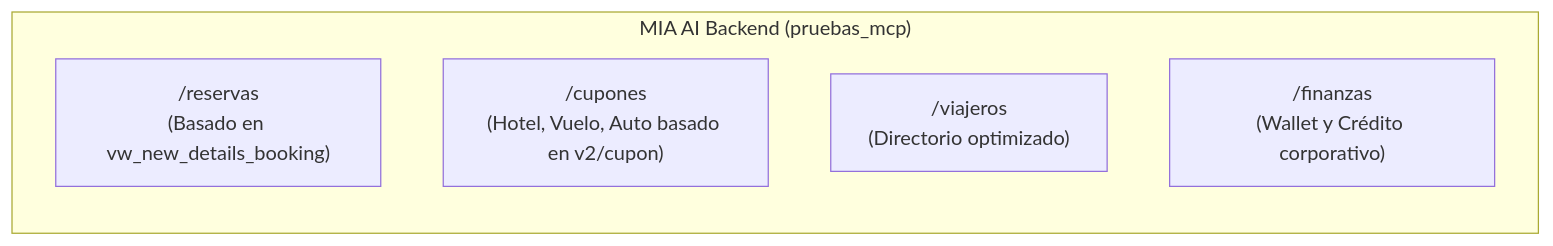
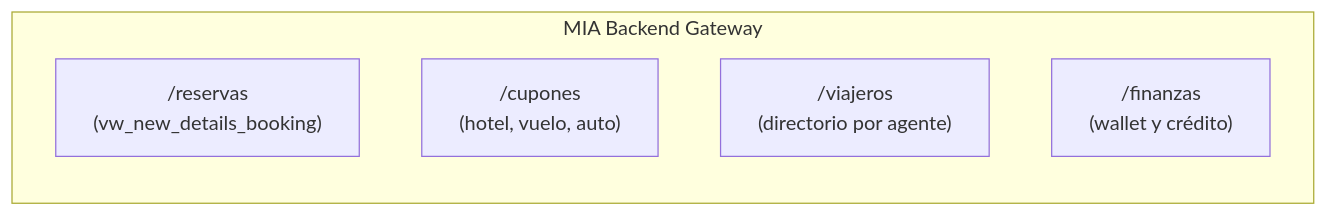
One commit to luiscastaneda-tos/pruebas_mcp changed the second of 2 diagrams in README.md. Above: the diagram before and after it, drawn with Mermaid. The commit also changed other lines of this file and 13 other files, not shown here.

````diff
--- a/README.md
+++ b/README.md
@@ -31,9 +56,9 @@
 ```mermaid
 graph LR
-    subgraph "MIA AI Backend (pruebas_mcp)"
-        M1["/reservas<br/>(Basado en vw_new_details_booking)"]
-        M2["/cupones<br/>(Hotel, Vuelo, Auto basado en v2/cupon)"]
-        M3["/viajeros<br/>(Directorio optimizado)"]
-        M4["/finanzas<br/>(Wallet y Crédito corporativo)"]
+    subgraph "MIA Backend Gateway"
+        M1["/reservas<br/>(vw_new_details_booking)"]
+        M2["/cupones<br/>(hotel, vuelo, auto)"]
+        M3["/viajeros<br/>(directorio por agente)"]
+        M4["/finanzas<br/>(wallet y crédito)"]
     end
 ```
````
